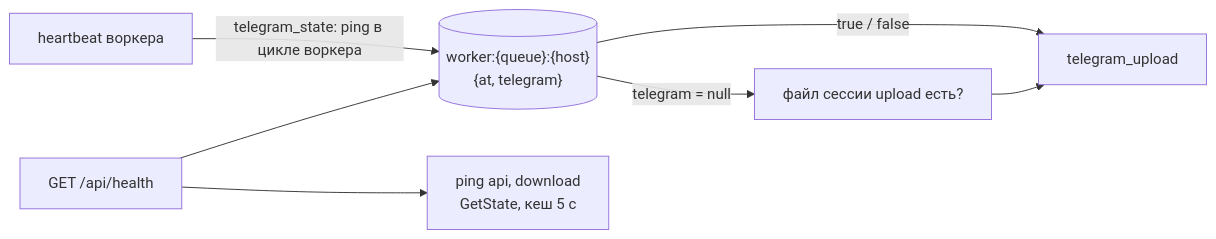
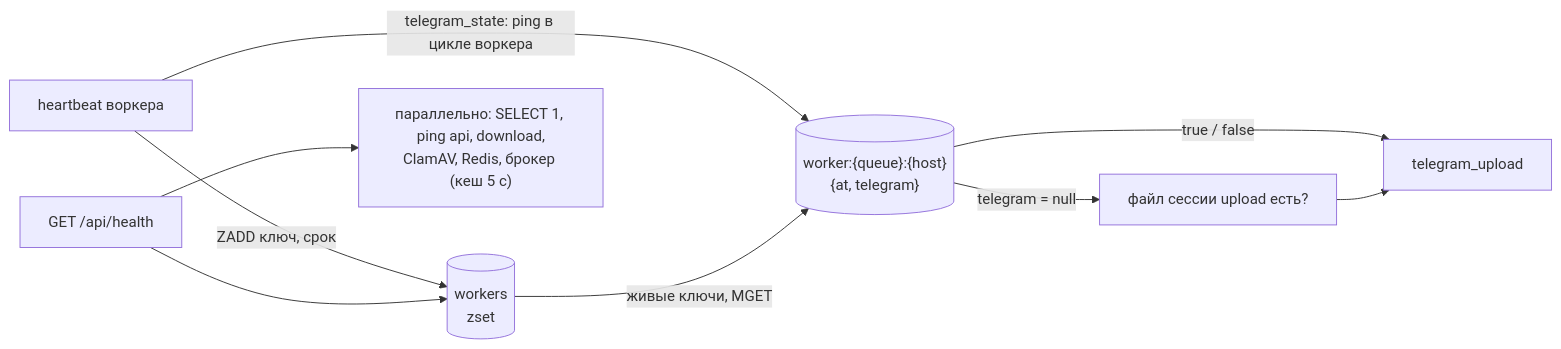
One commit to NikitkaZXC/tcloud-backend changed the sixth of 6 diagrams in docs/background-tasks.md. Above: the diagram before and after it, drawn with Mermaid. The commit also changed other lines of this file and 10 other files, not shown here.

Commit message:
perf: health probes run in parallel, broker and ClamAV checks cached 5 s, workers read from a registry instead of SCAN

````diff
--- a/docs/background-tasks.md
+++ b/docs/background-tasks.md
@@ -373,9 +377,11 @@
 ```mermaid
 flowchart LR
     hb["heartbeat воркера"] -->|telegram_state: ping в цикле воркера| key[("worker:{queue}:{host}<br/>{at, telegram}")]
-    api["GET /api/health"] --> p1["ping api, download<br/>GetState, кеш 5 с"]
-    api --> key
+    hb -->|ZADD ключ, срок| reg[("workers<br/>zset")]
+    api["GET /api/health"] --> p1["параллельно: SELECT 1, ping api, download,<br/>ClamAV, Redis, брокер (кеш 5 с)"]
+    api --> reg
+    reg -->|живые ключи, MGET| key
     key -->|telegram = null| file["файл сессии upload есть?"]
     key -->|true / false| up["telegram_upload"]
     file --> up
 ```
````
